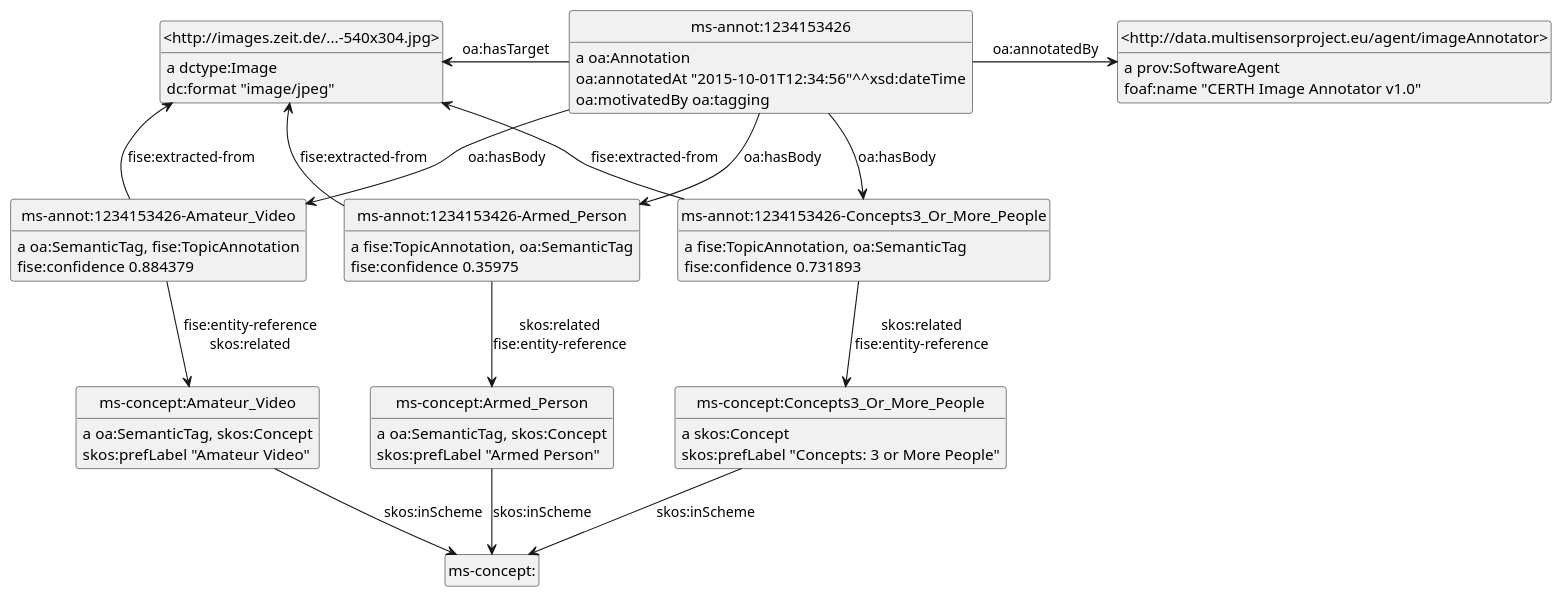
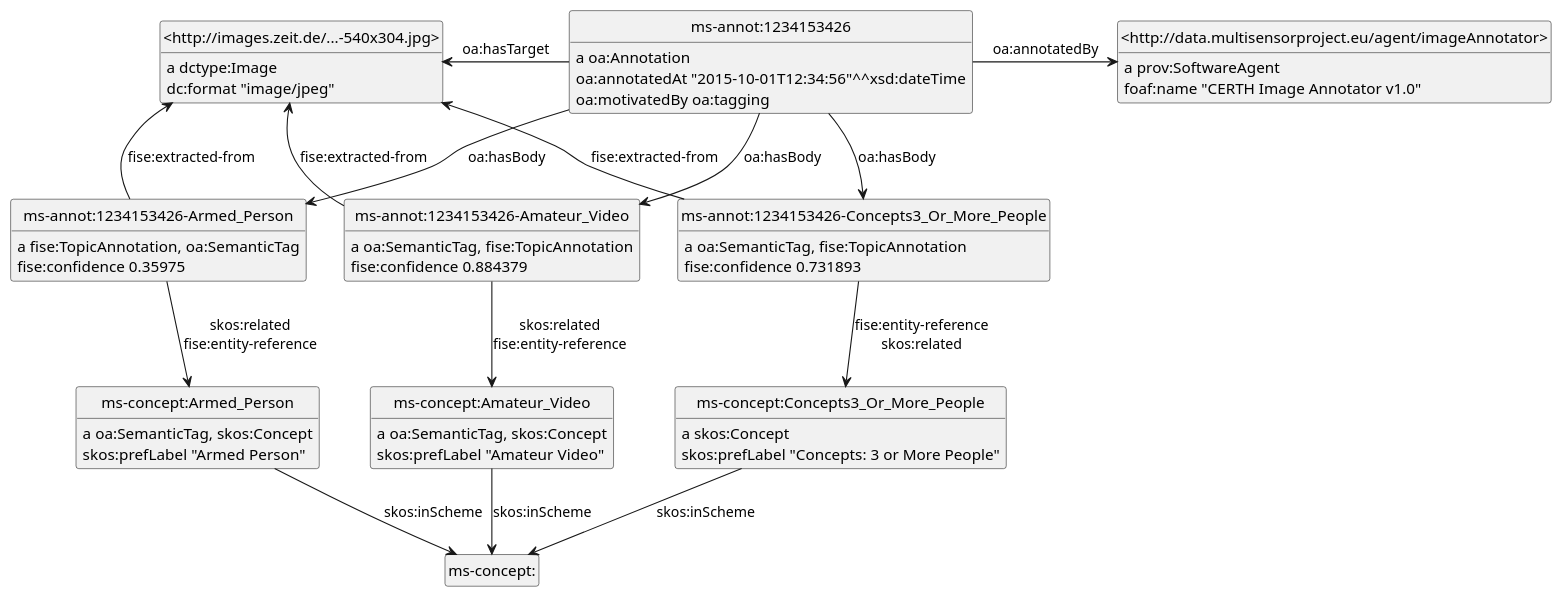
The diagram in Multisensor/img/annot-image-fise.puml (gerardbdn/VladimirAlexiev.github.io), drawn with PlantUML before and after one commit. The commit also changed 33 other files, not shown here.

Commit message:
added video/image annotation, moved sample Ttl to dir /img

```diff
--- a/Multisensor/img/annot-image-fise.puml
+++ b/Multisensor/img/annot-image-fise.puml
@@ -1,49 +1,49 @@
 @startuml
 hide empty methods
 hide empty attributes
 hide circle
 skinparam classAttributeIconSize 0
+class ms_concept_Amateur_Video as "ms-concept:Amateur_Video"
+ms_concept_Amateur_Video : a oa:SemanticTag, skos:Concept
+class ms_concept_ as "ms-concept:"
+ms_concept_Amateur_Video --> ms_concept_ : skos:inScheme
+ms_concept_Amateur_Video : skos:prefLabel "Amateur Video"
+class _http___images_zeit_de_____540x304_jpg_ as "<http://images.zeit.de/...-540x304.jpg>"
+_http___images_zeit_de_____540x304_jpg_ : a dctype:Image
+_http___images_zeit_de_____540x304_jpg_ : dc:format "image/jpeg"
+class ms_annot_1234153426_Amateur_Video as "ms-annot:1234153426-Amateur_Video"
+ms_annot_1234153426_Amateur_Video : a oa:SemanticTag, fise:TopicAnnotation
+ms_annot_1234153426_Amateur_Video --> _http___images_zeit_de_____540x304_jpg_ : fise:extracted-from
+ms_annot_1234153426_Amateur_Video --> ms_concept_Amateur_Video : skos:related\nfise:entity-reference
+ms_annot_1234153426_Amateur_Video : fise:confidence 0.884379
+class ms_annot_1234153426_Armed_Person as "ms-annot:1234153426-Armed_Person"
+ms_annot_1234153426_Armed_Person : a fise:TopicAnnotation, oa:SemanticTag
+ms_annot_1234153426_Armed_Person --> _http___images_zeit_de_____540x304_jpg_ : fise:extracted-from
 class ms_concept_Armed_Person as "ms-concept:Armed_Person"
+ms_annot_1234153426_Armed_Person --> ms_concept_Armed_Person : skos:related\nfise:entity-reference
+ms_annot_1234153426_Armed_Person : fise:confidence 0.35975
+class ms_annot_1234153426 as "ms-annot:1234153426"
+ms_annot_1234153426 : a oa:Annotation
+ms_annot_1234153426 --> ms_annot_1234153426_Amateur_Video : oa:hasBody
+class _http___data_multisensorproject_eu_agent_imageAnnotator_ as "<http://data.multisensorproject.eu/agent/imageAnnotator>"
+ms_annot_1234153426 -right-> _http___data_multisensorproject_eu_agent_imageAnnotator_ : oa:annotatedBy
+ms_annot_1234153426 -left-> _http___images_zeit_de_____540x304_jpg_ : oa:hasTarget
+class ms_annot_1234153426_Concepts3_Or_More_People as "ms-annot:1234153426-Concepts3_Or_More_People"
+ms_annot_1234153426 --> ms_annot_1234153426_Concepts3_Or_More_People : oa:hasBody
+ms_annot_1234153426 --> ms_annot_1234153426_Armed_Person : oa:hasBody
+ms_annot_1234153426 : oa:annotatedAt "2015-10-01T12:34:56"^^xsd:dateTime
+ms_annot_1234153426 : oa:motivatedBy oa:tagging
+_http___data_multisensorproject_eu_agent_imageAnnotator_ : a prov:SoftwareAgent
+_http___data_multisensorproject_eu_agent_imageAnnotator_ : foaf:name "CERTH Image Annotator v1.0"
 ms_concept_Armed_Person : a oa:SemanticTag, skos:Concept
-class ms_concept_ as "ms-concept:"
 ms_concept_Armed_Person --> ms_concept_ : skos:inScheme
 ms_concept_Armed_Person : skos:prefLabel "Armed Person"
-class ms_annot_1234153426_Amateur_Video as "ms-annot:1234153426-Amateur_Video"
-ms_annot_1234153426_Amateur_Video : a oa:SemanticTag, fise:TopicAnnotation
-class _http___images_zeit_de_____540x304_jpg_ as "<http://images.zeit.de/...-540x304.jpg>"
-ms_annot_1234153426_Amateur_Video --> _http___images_zeit_de_____540x304_jpg_ : fise:extracted-from
-class ms_concept_Amateur_Video as "ms-concept:Amateur_Video"
-ms_annot_1234153426_Amateur_Video --> ms_concept_Amateur_Video : fise:entity-reference\nskos:related
-ms_annot_1234153426_Amateur_Video : fise:confidence 0.884379
-_http___images_zeit_de_____540x304_jpg_ : a dctype:Image
-_http___images_zeit_de_____540x304_jpg_ : dc:format "image/jpeg"
-class ms_annot_1234153426_Armed_Person as "ms-annot:1234153426-Armed_Person"
-ms_annot_1234153426_Armed_Person : a fise:TopicAnnotation, oa:SemanticTag
-ms_annot_1234153426_Armed_Person --> ms_concept_Armed_Person : skos:related\nfise:entity-reference
-ms_annot_1234153426_Armed_Person --> _http___images_zeit_de_____540x304_jpg_ : fise:extracted-from
-ms_annot_1234153426_Armed_Person : fise:confidence 0.35975
 class ms_concept_Concepts3_Or_More_People as "ms-concept:Concepts3_Or_More_People"
 ms_concept_Concepts3_Or_More_People : a skos:Concept
 ms_concept_Concepts3_Or_More_People --> ms_concept_ : skos:inScheme
 ms_concept_Concepts3_Or_More_People : skos:prefLabel "Concepts: 3 or More People"
-class _http___data_multisensorproject_eu_agent_imageAnnotator_ as "<http://data.multisensorproject.eu/agent/imageAnnotator>"
-_http___data_multisensorproject_eu_agent_imageAnnotator_ : a prov:SoftwareAgent
-_http___data_multisensorproject_eu_agent_imageAnnotator_ : foaf:name "CERTH Image Annotator v1.0"
-class ms_annot_1234153426_Concepts3_Or_More_People as "ms-annot:1234153426-Concepts3_Or_More_People"
-ms_annot_1234153426_Concepts3_Or_More_People : a fise:TopicAnnotation, oa:SemanticTag
-ms_annot_1234153426_Concepts3_Or_More_People --> ms_concept_Concepts3_Or_More_People : skos:related\nfise:entity-reference
+ms_annot_1234153426_Concepts3_Or_More_People : a oa:SemanticTag, fise:TopicAnnotation
+ms_annot_1234153426_Concepts3_Or_More_People --> ms_concept_Concepts3_Or_More_People : fise:entity-reference\nskos:related
 ms_annot_1234153426_Concepts3_Or_More_People --> _http___images_zeit_de_____540x304_jpg_ : fise:extracted-from
 ms_annot_1234153426_Concepts3_Or_More_People : fise:confidence 0.731893
-ms_concept_Amateur_Video : a oa:SemanticTag, skos:Concept
-ms_concept_Amateur_Video --> ms_concept_ : skos:inScheme
-ms_concept_Amateur_Video : skos:prefLabel "Amateur Video"
-class ms_annot_1234153426 as "ms-annot:1234153426"
-ms_annot_1234153426 : a oa:Annotation
-ms_annot_1234153426 --> ms_annot_1234153426_Amateur_Video : oa:hasBody
-ms_annot_1234153426 --> ms_annot_1234153426_Concepts3_Or_More_People : oa:hasBody
-ms_annot_1234153426 -right-> _http___data_multisensorproject_eu_agent_imageAnnotator_ : oa:annotatedBy
-ms_annot_1234153426 --> ms_annot_1234153426_Armed_Person : oa:hasBody
-ms_annot_1234153426 -left-> _http___images_zeit_de_____540x304_jpg_ : oa:hasTarget
-ms_annot_1234153426 : oa:annotatedAt "2015-10-01T12:34:56"^^xsd:dateTime
-ms_annot_1234153426 : oa:motivatedBy oa:tagging
 @enduml
```
